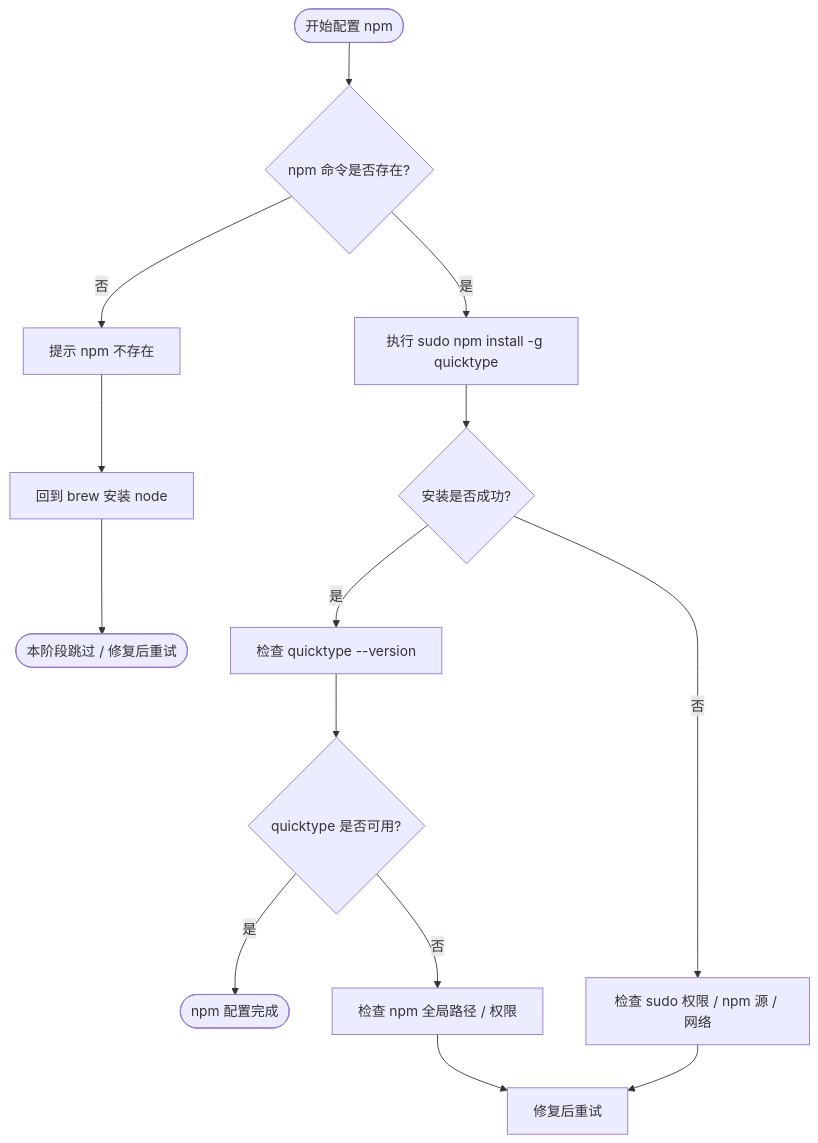
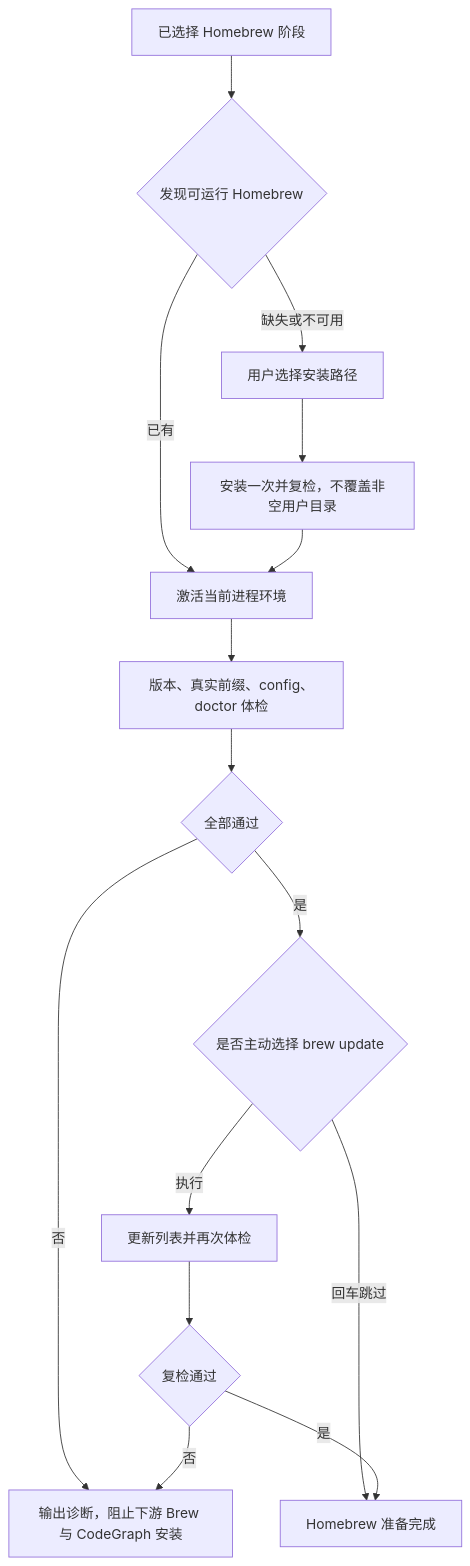
One commit to JobsKits/JobsConfigOS changed the second of 3 diagrams in README.md. Above: the diagram before and after it, drawn with Mermaid. The commit also changed other lines of this file and 6 other files, not shown here.

````diff
--- a/README.md
+++ b/README.md
@@ -472,16 +117,17 @@
 ```mermaid
 flowchart TD
-    A([开始配置 npm]) --> B{npm 命令是否存在?}
-    B -- 否 --> C[提示 npm 不存在]
-    C --> D[回到 brew 安装 node]
-    D --> Z([本阶段跳过 / 修复后重试])
-    B -- 是 --> E[执行 sudo npm install -g quicktype]
-    E --> F{安装是否成功?}
-    F -- 是 --> G[检查 quicktype --version]
-    G --> H{quicktype 是否可用?}
-    H -- 是 --> I([npm 配置完成])
-    H -- 否 --> J[检查 npm 全局路径 / 权限]
-    F -- 否 --> K[检查 sudo 权限 / npm 源 / 网络]
-    J --> L[修复后重试]
-    K --> L
+    A["已选择 Homebrew 阶段"] --> B{"发现可运行 Homebrew"}
+    B -->|"已有"| C["激活当前进程环境"]
+    B -->|"缺失或不可用"| D["用户选择安装路径"]
+    D --> E["安装一次并复检，不覆盖非空用户目录"]
+    E --> C
+    C --> F["版本、真实前缀、config、doctor 体检"]
+    F --> G{"全部通过"}
+    G -->|"否"| H["输出诊断，阻止下游 Brew 与 CodeGraph 安装"]
+    G -->|"是"| I{"是否主动选择 brew update"}
+    I -->|"回车跳过"| J["Homebrew 准备完成"]
+    I -->|"执行"| K["更新列表并再次体检"]
+    K --> L{"复检通过"}
+    L -->|"是"| J
+    L -->|"否"| H
 ```
````
